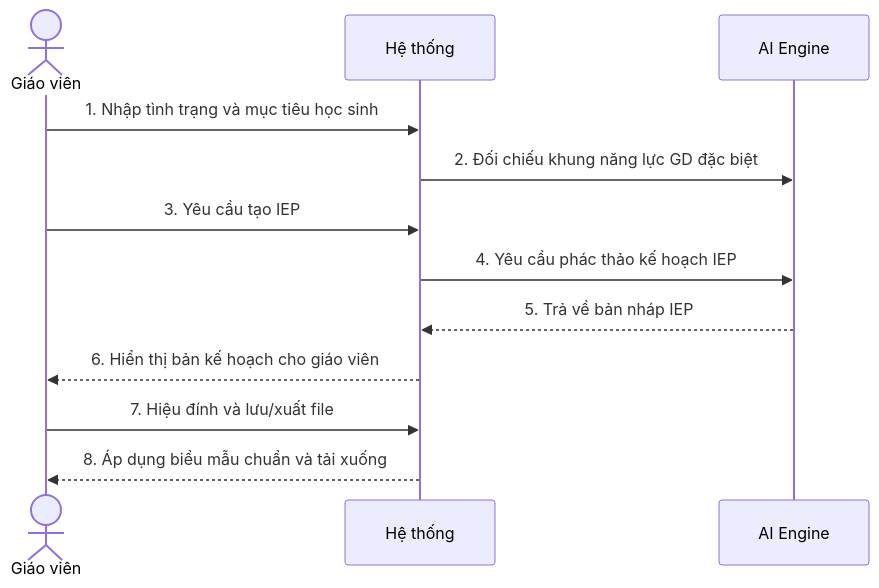
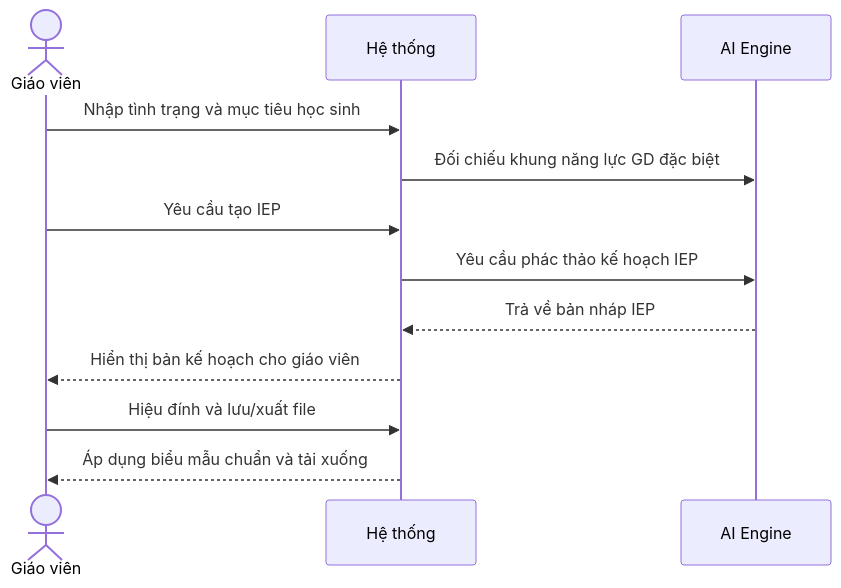
Before and after one commit to Cong-ty-TNNH-Q-Tech/Q-School: the fourth of 4 diagrams in docs/nhom_2_assessment_feedback.md, drawn with Mermaid. The commit also changed other lines of this file and 5 other files, not shown here.

Commit message:
docs: refine sequence diagrams logical flow and remove step numbers

````diff
--- a/docs/nhom_2_assessment_feedback.md
+++ b/docs/nhom_2_assessment_feedback.md
@@ -119,15 +119,15 @@
 ```mermaid
 sequenceDiagram
     actor GV as Giáo viên
     participant HT as Hệ thống
     participant AI as AI Engine
 
-    GV->>HT: 1. Nhập tình trạng và mục tiêu học sinh
-    HT->>AI: 2. Đối chiếu khung năng lực GD đặc biệt
-    GV->>HT: 3. Yêu cầu tạo IEP
-    HT->>AI: 4. Yêu cầu phác thảo kế hoạch IEP
-    AI-->>HT: 5. Trả về bản nháp IEP
-    HT-->>GV: 6. Hiển thị bản kế hoạch cho giáo viên
-    GV->>HT: 7. Hiệu đính và lưu/xuất file
-    HT-->>GV: 8. Áp dụng biểu mẫu chuẩn và tải xuống
+    GV->>HT: Nhập tình trạng và mục tiêu học sinh
+    HT->>AI: Đối chiếu khung năng lực GD đặc biệt
+    GV->>HT: Yêu cầu tạo IEP
+    HT->>AI: Yêu cầu phác thảo kế hoạch IEP
+    AI-->>HT: Trả về bản nháp IEP
+    HT-->>GV: Hiển thị bản kế hoạch cho giáo viên
+    GV->>HT: Hiệu đính và lưu/xuất file
+    HT-->>GV: Áp dụng biểu mẫu chuẩn và tải xuống
 ```
````
